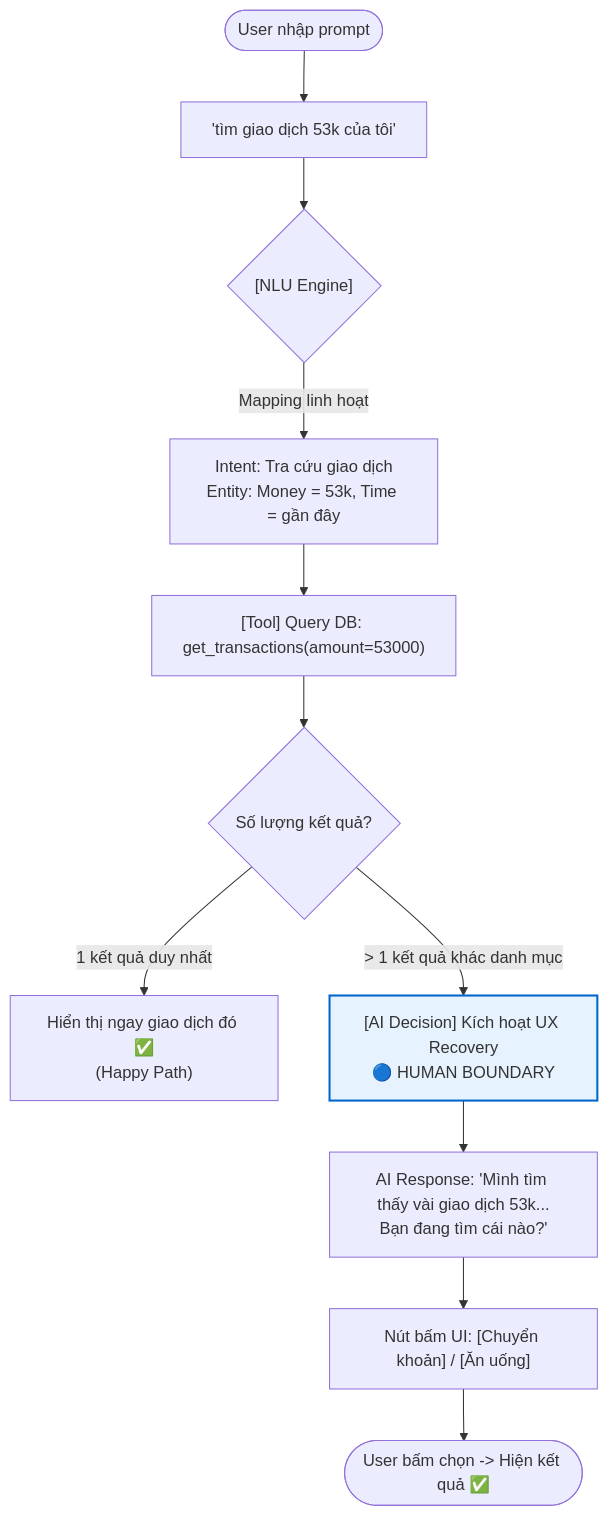
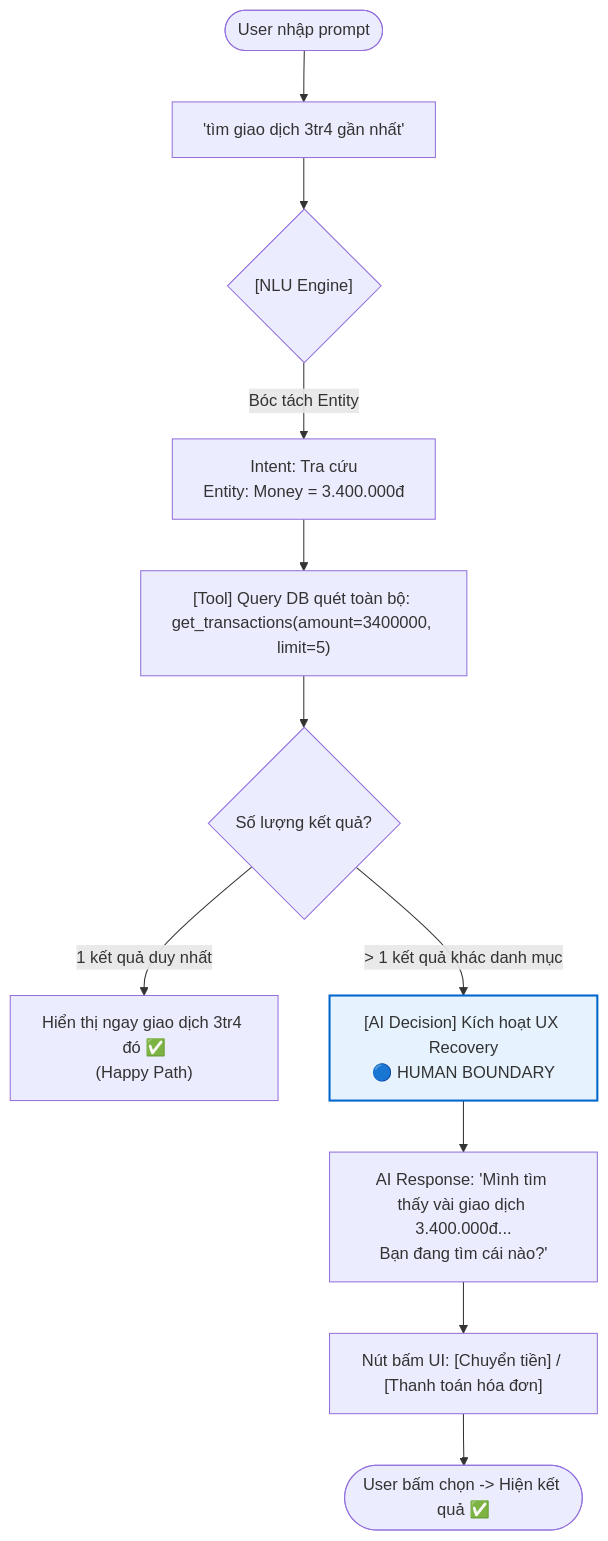
Before and after one commit to hoanganhnth/Day06-2A202600631-phamhoanganh: the second of 2 diagrams in 01-invidual-workshop/app-teardown.md, drawn with Mermaid. The commit also changed other lines of this file and 2 other files, not shown here.

````diff
--- a/01-invidual-workshop/app-teardown.md
+++ b/01-invidual-workshop/app-teardown.md
@@ -59,15 +61,15 @@
 ```mermaid
 graph TD
-    A([User nhập prompt]) --> B["'tìm giao dịch 53k của tôi'"]
+    A([User nhập prompt]) --> B["'tìm giao dịch 3tr4 gần nhất'"]
     B --> C{"[NLU Engine]"}
-    C -->|Mapping linh hoạt| D["Intent: Tra cứu giao dịch<br/>Entity: Money = 53k, Time = gần đây"]
-    D --> E["[Tool] Query DB: get_transactions(amount=53000)"]
+    C -->|Bóc tách Entity| D["Intent: Tra cứu<br/>Entity: Money = 3.400.000đ"]
+    D --> E["[Tool] Query DB quét toàn bộ: get_transactions(amount=3400000, limit=5)"]
     E --> F{"Số lượng kết quả?"}
-    F -->|1 kết quả duy nhất| G["Hiển thị ngay giao dịch đó ✅<br/>(Happy Path)"]
+    F -->|1 kết quả duy nhất| G["Hiển thị ngay giao dịch 3tr4 đó ✅<br/>(Happy Path)"]
     F -->|> 1 kết quả khác danh mục| H["[AI Decision] Kích hoạt UX Recovery<br/>🔵 HUMAN BOUNDARY"]
-    H --> I["AI Response: 'Mình tìm thấy vài giao dịch 53k...<br/>Bạn đang tìm cái nào?'"]
-    I --> J["Nút bấm UI: [Chuyển khoản] / [Ăn uống]"]
+    H --> I["AI Response: 'Mình tìm thấy vài giao dịch 3.400.000đ...<br/>Bạn đang tìm cái nào?'"]
+    I --> J["Nút bấm UI: [Chuyển tiền] / [Thanh toán hóa đơn]"]
     J --> K([User bấm chọn -> Hiện kết quả ✅])
 
     style H fill:#e6f3ff,stroke:#0066cc,stroke-width:2px
 ```
````
